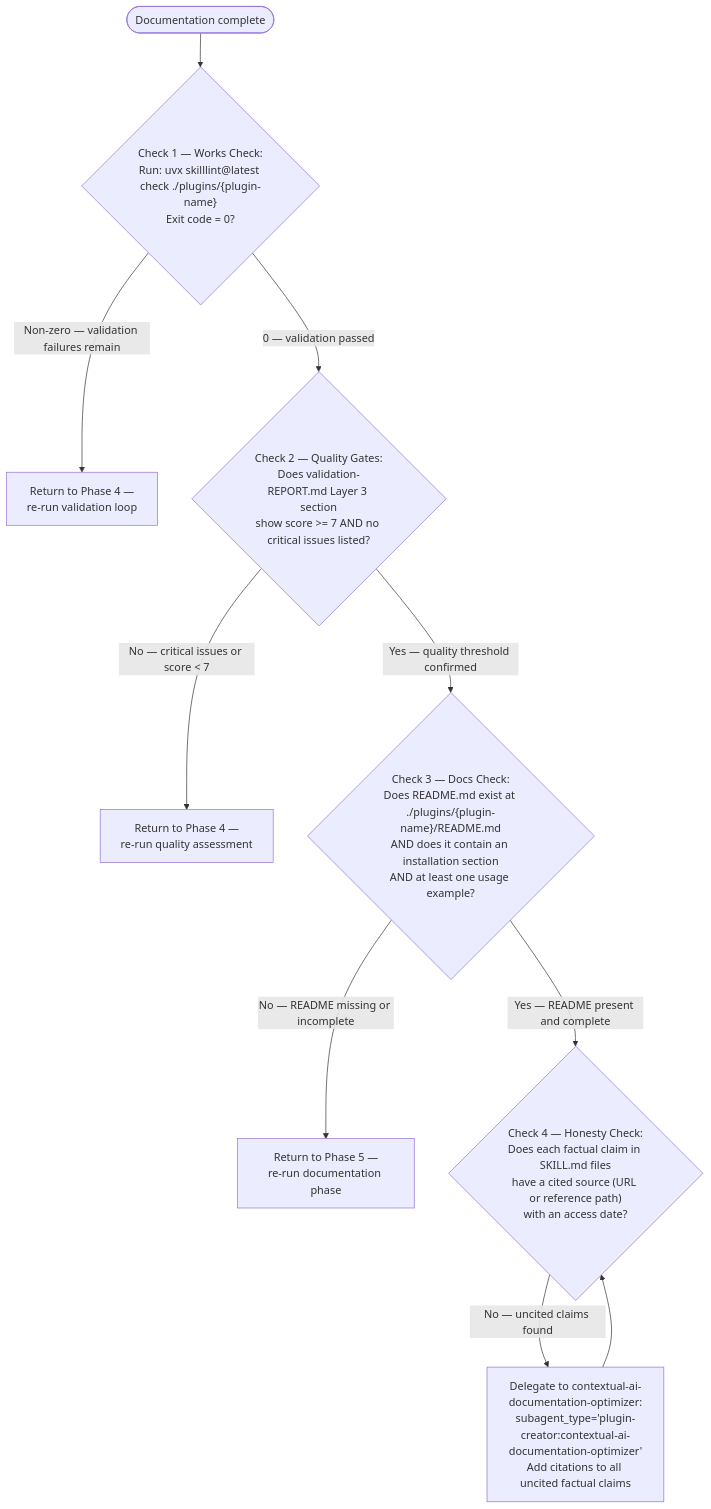
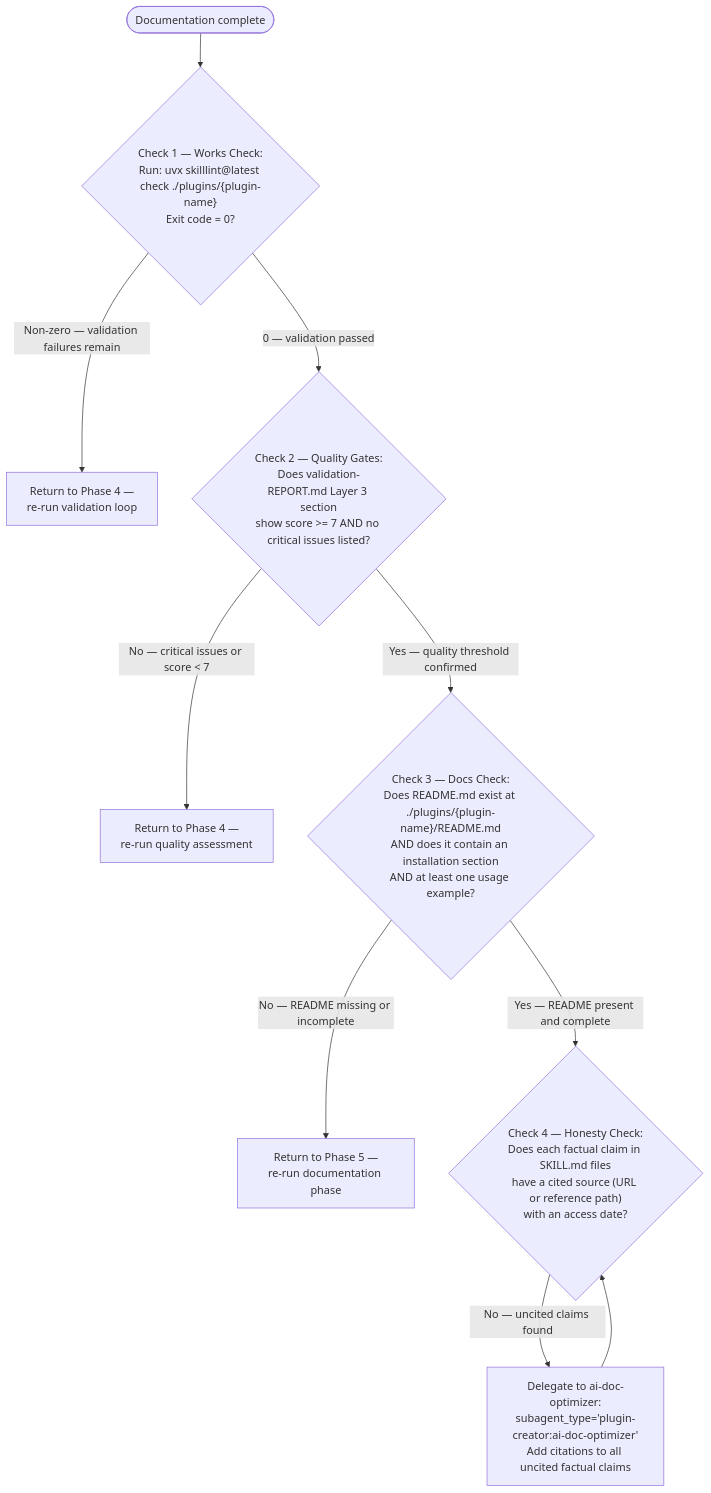
Before and after one commit to chgreer1070/claude_skills: the ninth of 12 diagrams in plugins/plugin-creator/skills/plugin-creator/references/workflow-diagram.md, drawn with Mermaid. The commit also changed other lines of this file and 5 other files, not shown here.

First line of the commit message:
docs(plugin-creator): Wave C — replace contextual-ai-documentation-optimizer refs with split agents

````diff
--- a/plugins/plugin-creator/skills/plugin-creator/references/workflow-diagram.md
+++ b/plugins/plugin-creator/skills/plugin-creator/references/workflow-diagram.md
@@ -209,19 +209,19 @@
 ```mermaid
 flowchart TD
     Start(["Documentation complete"]) --> Check1{"Check 1 — Works Check:<br>Run: uvx skilllint@latest check ./plugins/{plugin-name}<br>Exit code = 0?"}
 
     Check1 -->|"Non-zero — validation failures remain"| Fix1["Return to Phase 4 —<br>re-run validation loop"]
 
     Check1 -->|"0 — validation passed"| Check2{"Check 2 — Quality Gates:<br>Does validation-REPORT.md Layer 3 section<br>show score >= 7 AND no critical issues listed?"}
 
     Check2 -->|"No — critical issues or score < 7"| Fix2["Return to Phase 4 —<br>re-run quality assessment"]
 
     Check2 -->|"Yes — quality threshold confirmed"| Check3{"Check 3 — Docs Check:<br>Does README.md exist at ./plugins/{plugin-name}/README.md<br>AND does it contain an installation section<br>AND at least one usage example?"}
 
     Check3 -->|"No — README missing or incomplete"| Fix3["Return to Phase 5 —<br>re-run documentation phase"]
 
     Check3 -->|"Yes — README present and complete"| Check4{"Check 4 — Honesty Check:<br>Does each factual claim in SKILL.md files<br>have a cited source (URL or reference path)<br>with an access date?"}
 
-    Check4 -->|"No — uncited claims found"| Fix4["Delegate to contextual-ai-documentation-optimizer:<br>subagent_type='plugin-creator:contextual-ai-documentation-optimizer'<br>Add citations to all uncited factual claims"]
+    Check4 -->|"No — uncited claims found"| Fix4["Delegate to ai-doc-optimizer:<br>subagent_type='plugin-creator:ai-doc-optimizer'<br>Add citations to all uncited factual claims"]
     Fix4 --> Check4
 ```
````
